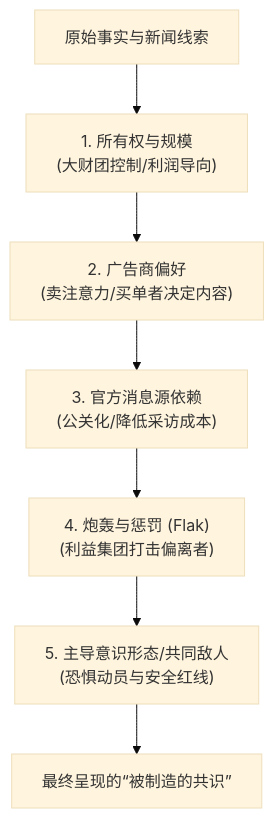
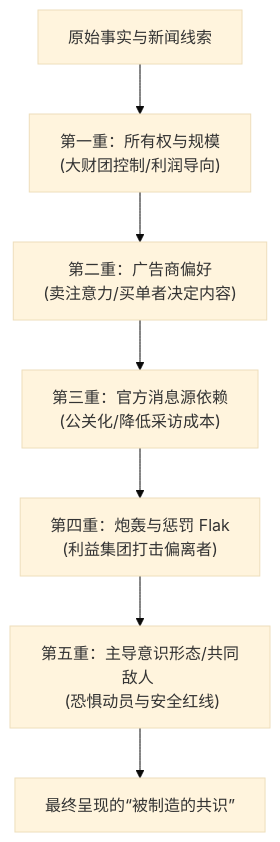
One commit to Kawaii-Jacky/kawaii changed the diagram in 世界经济政治/制造共识：大众传媒的政治经济学与宣传模型.md. Above: the diagram before and after it, drawn with Mermaid (base theme). The commit also changed other lines of this file, not shown here.

````diff
--- a/世界经济政治/制造共识：大众传媒的政治经济学与宣传模型.md
+++ b/世界经济政治/制造共识：大众传媒的政治经济学与宣传模型.md
@@ -25,9 +25,9 @@
 ```mermaid
 graph TD
-    Raw[原始事实与新闻线索] --> F1["1. 所有权与规模 <br> (大财团控制/利润导向)"]
-    F1 --> F2["2. 广告商偏好 <br> (卖注意力/买单者决定内容)"]
-    F2 --> F3["3. 官方消息源依赖 <br> (公关化/降低采访成本)"]
-    F3 --> F4["4. 炮轰与惩罚 (Flak) <br> (利益集团打击偏离者)"]
-    F4 --> F5["5. 主导意识形态/共同敌人 <br> (恐惧动员与安全红线)"]
+    Raw[原始事实与新闻线索] --> F1["第一重：所有权与规模 <br> (大财团控制/利润导向)"]
+    F1 --> F2["第二重：广告商偏好 <br> (卖注意力/买单者决定内容)"]
+    F2 --> F3["第三重：官方消息源依赖 <br> (公关化/降低采访成本)"]
+    F3 --> F4["第四重：炮轰与惩罚 Flak <br> (利益集团打击偏离者)"]
+    F4 --> F5["第五重：主导意识形态/共同敌人 <br> (恐惧动员与安全红线)"]
     F5 --> Consent[最终呈现的“被制造的共识”]
 ```
````
